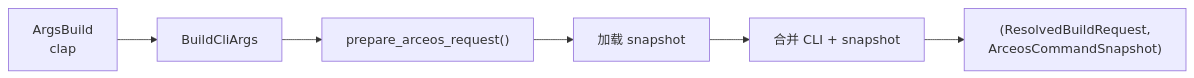
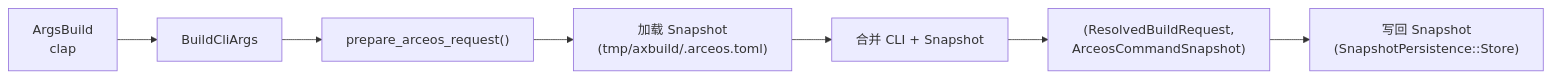
The second of 6 diagrams in docs/docs/build/build.md (rcore-os/tgoskits), drawn with Mermaid before and after one commit. The commit also changed other lines of this file and 1 other file, not shown here.

Commit message:
Enhance build documentation to clarify initial and subsequent build processes, including Snapshot handling and parameter merging details.

````diff
--- a/docs/docs/build/build.md
+++ b/docs/docs/build/build.md
@@ -54,8 +65,9 @@
 ```mermaid
 flowchart LR
     A[ArgsBuild<br/>clap] --> B[BuildCliArgs]
     B --> C["prepare_arceos_request()"]
-    C --> D[加载 snapshot]
-    D --> E[合并 CLI + snapshot]
+    C --> D["加载 Snapshot<br/>(tmp/axbuild/.arceos.toml)"]
+    D --> E[合并 CLI + Snapshot]
     E --> F["(ResolvedBuildRequest,<br/>ArceosCommandSnapshot)"]
+    F --> G["写回 Snapshot<br/>(SnapshotPersistence::Store)"]
 ```
````
